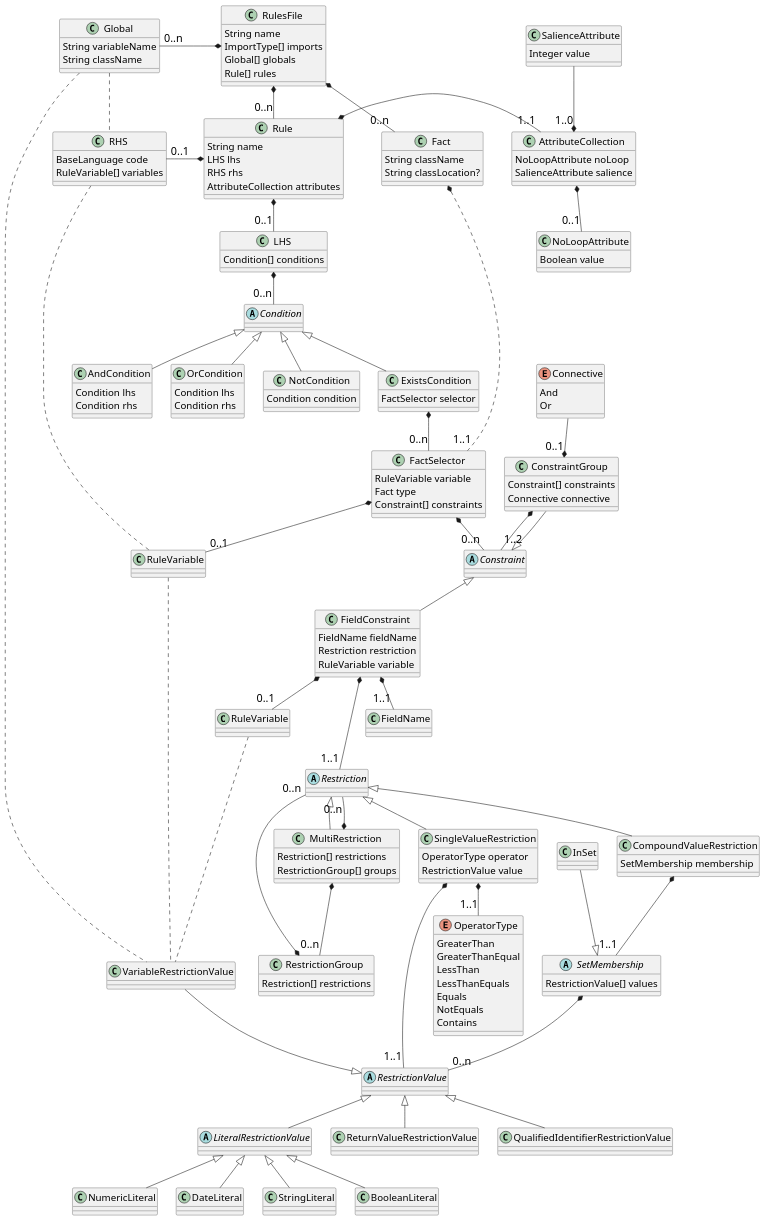
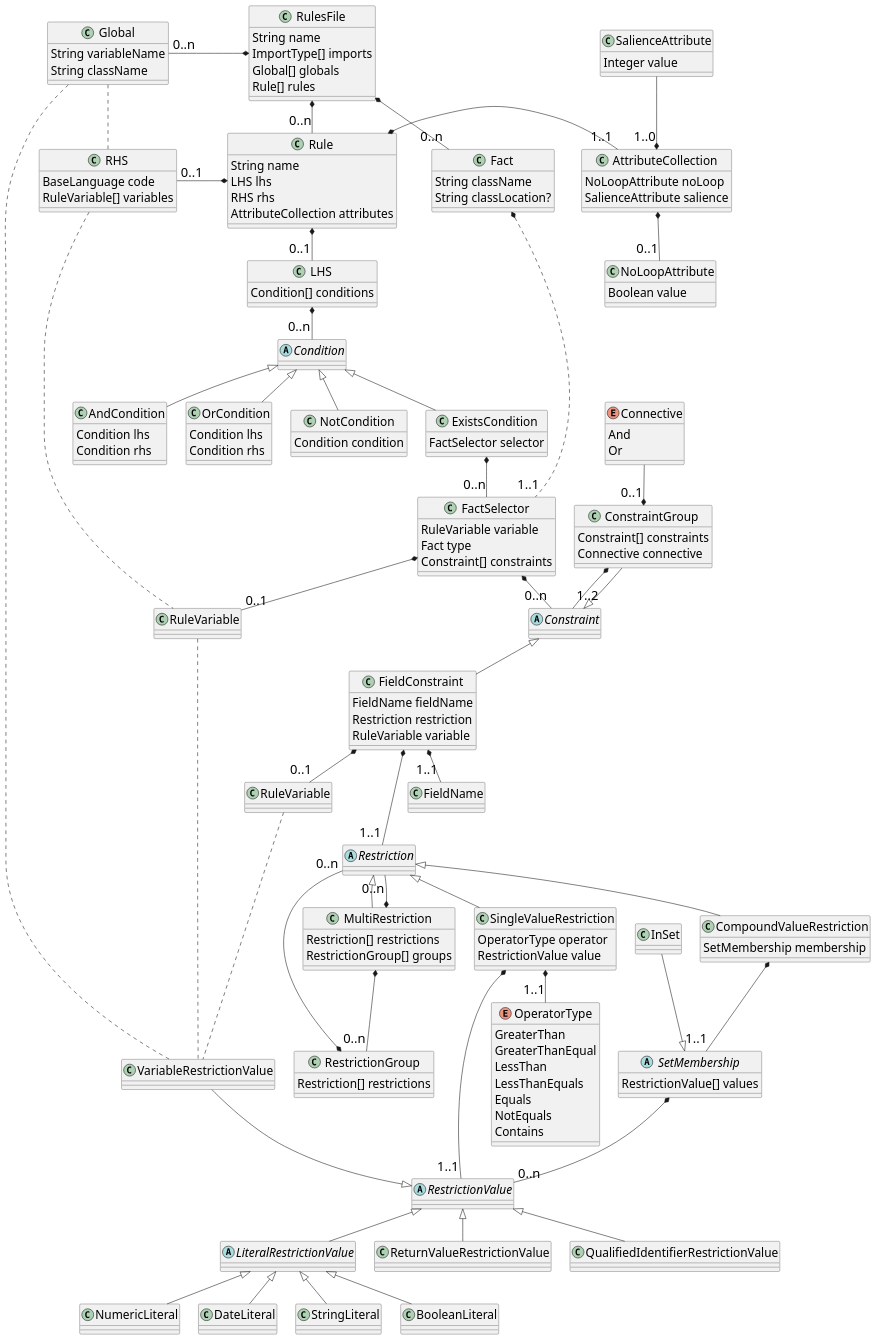
One commit to jewelEarthDeveloper/Thesis2021 changed the diagram in Thesis/Sections/images/DroolsLiteStructure.wsd. Above: the diagram before and after it, drawn with PlantUML. The commit also changed 14 other files, not shown here.

```diff
--- a/Thesis/Sections/images/DroolsLiteStructure.wsd
+++ b/Thesis/Sections/images/DroolsLiteStructure.wsd
@@ -1,7 +1,7 @@
 @startuml 
-    skinparam ClassFontSize 18
-    skinparam ClassAttributeFontSize 18
-    skinparam ArrowFontSize 20
+    skinparam ClassFontSize 22
+    skinparam ClassAttributeFontSize 22
+    skinparam ArrowFontSize 24
 
     class RulesFile
         RulesFile : String name
```
